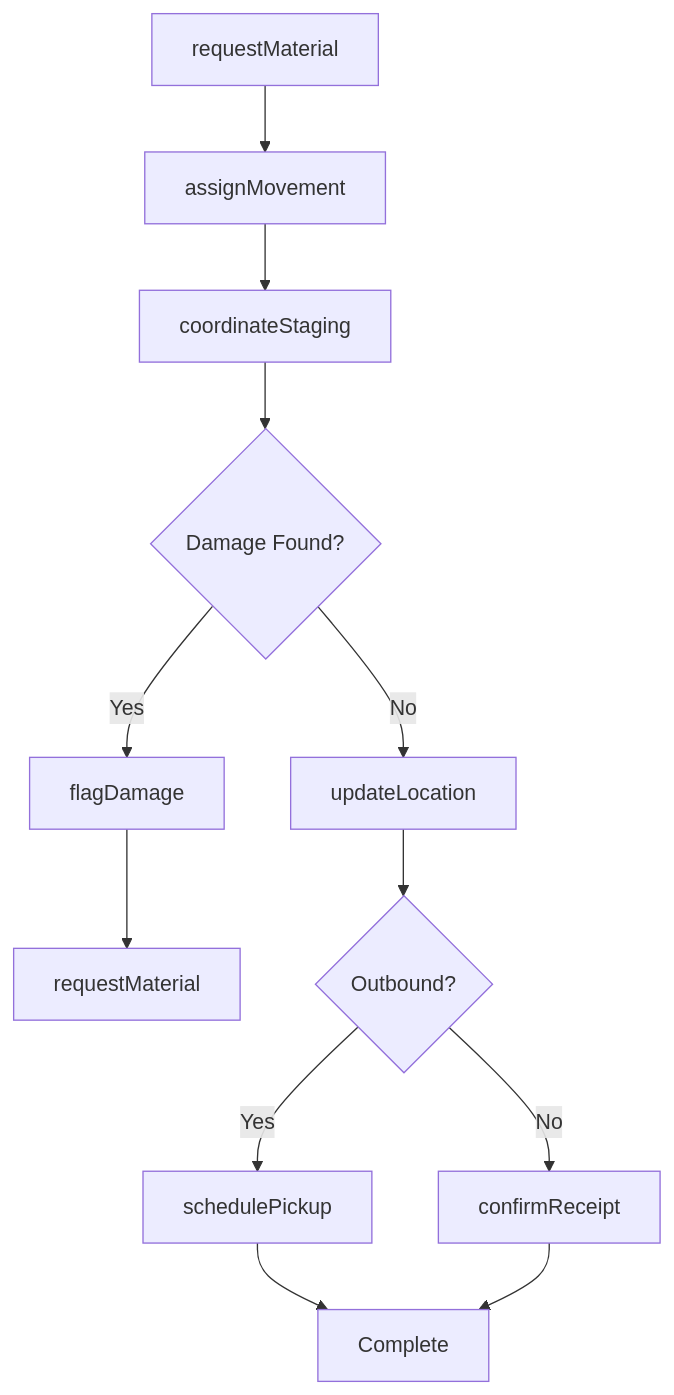
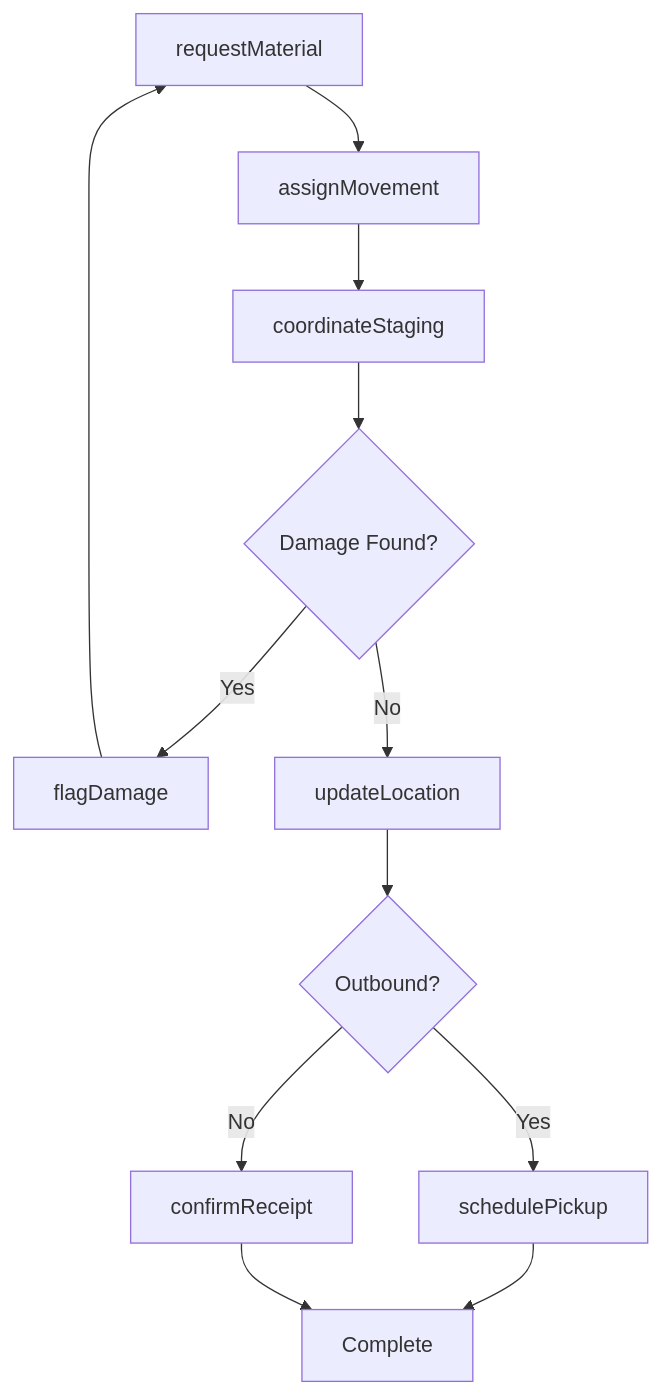
The third of 4 diagrams in CommunicatingWithSupervisorsPeersOrSubordinates/CommunicateWithOthersAboutOperationalPlansOrActivities/CommunicateOthersCoordinateMaterialHandling.mdx (dot-org-ai/tasks.org.ai), drawn with Mermaid before and after one commit. The commit also changed other lines of this file and 266 other files, not shown here.

First line of the commit message:
feat: Add ER diagrams, state diagrams to wave 2 batch (251 DWA files)

````diff
--- a/CommunicatingWithSupervisorsPeersOrSubordinates/CommunicateWithOthersAboutOperationalPlansOrActivities/CommunicateOthersCoordinateMaterialHandling.mdx
+++ b/CommunicatingWithSupervisorsPeersOrSubordinates/CommunicateWithOthersAboutOperationalPlansOrActivities/CommunicateOthersCoordinateMaterialHandling.mdx
@@ -86,14 +114,14 @@
 ```mermaid
 graph TD
     A[requestMaterial] --> B[assignMovement]
     B --> C[coordinateStaging]
     C --> D{Damage Found?}
     D -->|Yes| E[flagDamage]
     D -->|No| F[updateLocation]
-    E --> G[requestMaterial]
-    F --> H{Outbound?}
-    H -->|Yes| I[schedulePickup]
-    H -->|No| J[confirmReceipt]
-    I --> K[Complete]
-    J --> K
+    E --> A
+    F --> G{Outbound?}
+    G -->|Yes| H[schedulePickup]
+    G -->|No| I[confirmReceipt]
+    H --> J[Complete]
+    I --> J
 ```
````
